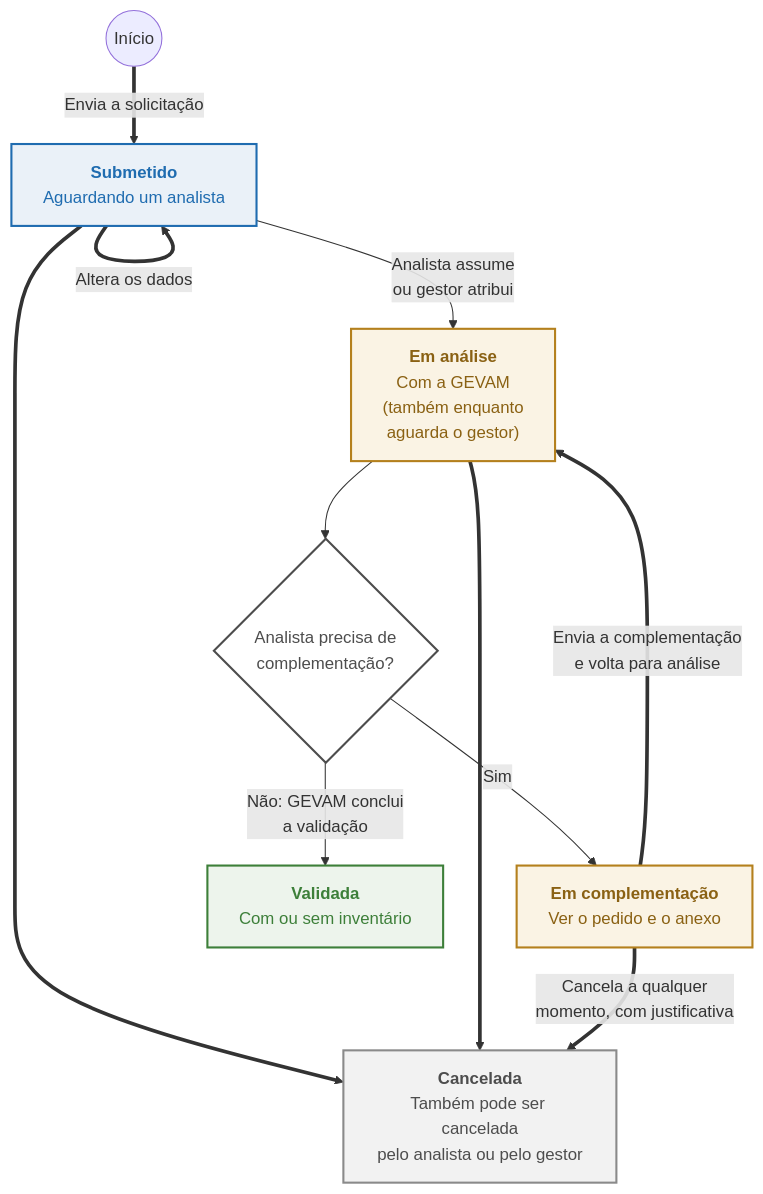
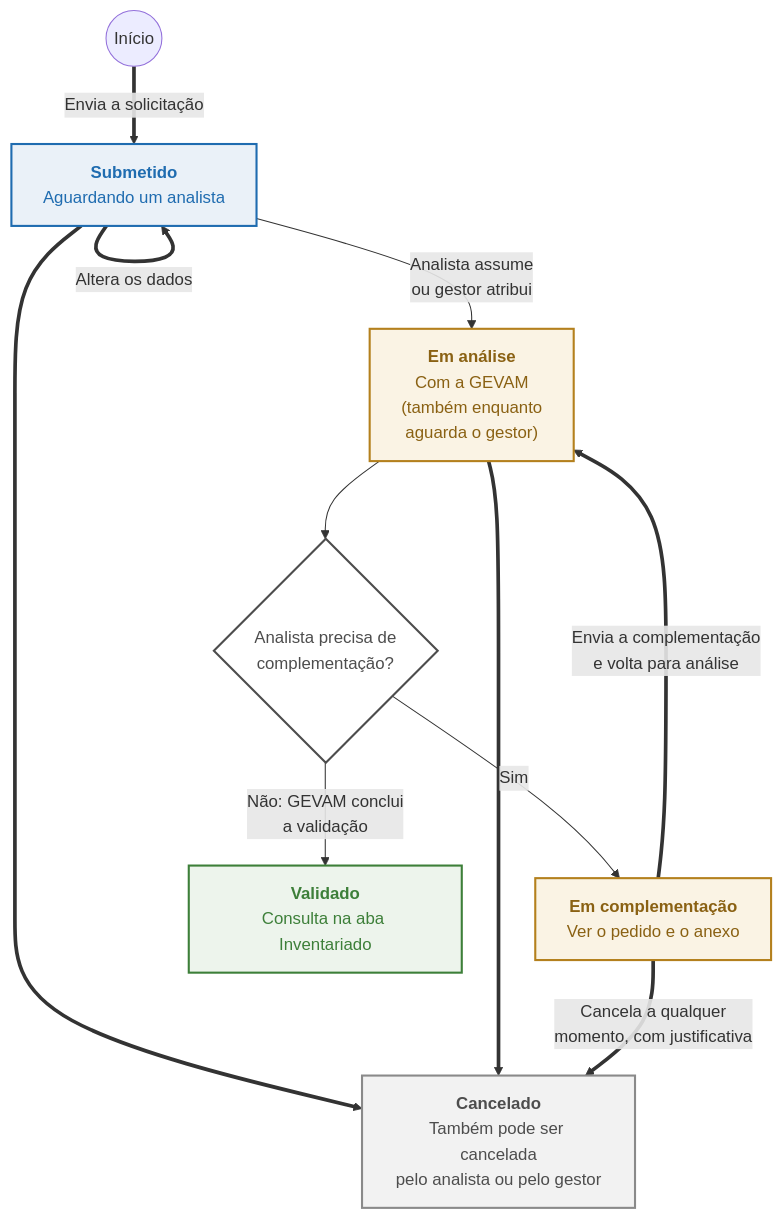
The second of 4 diagrams in docs/fluxos-solicitacao.md (barlettab/svm-frontend), drawn with Mermaid before and after one commit. The commit also changed other lines of this file and 82 other files, not shown here.

````diff
--- a/docs/fluxos-solicitacao.md
+++ b/docs/fluxos-solicitacao.md
@@ -136,25 +152,25 @@
 ```mermaid
 flowchart TB
     INI(("Início")) ==>|"Envia a solicitação"| SUB["<b>Submetido</b><br/>Aguardando um analista"]
     SUB ==>|"Altera os dados"| SUB
     SUB -->|"Analista assume<br/>ou gestor atribui"| ANA["<b>Em análise</b><br/>Com a GEVAM<br/>(também enquanto<br/>aguarda o gestor)"]
     ANA --> Q{"Analista precisa de<br/>complementação?"}
     Q -->|"Sim"| COMP["<b>Em complementação</b><br/>Ver o pedido e o anexo"]
     COMP ==>|"Envia a complementação<br/>e volta para análise"| ANA
-    Q -->|"Não: GEVAM conclui<br/>a validação"| VAL["<b>Validada</b><br/>Com ou sem inventário"]
+    Q -->|"Não: GEVAM conclui<br/>a validação"| VAL["<b>Validado</b><br/>Consulta na aba Inventariado"]
 
     SUB ==> CAN
     ANA ==> CAN
-    COMP ==>|"Cancela a qualquer<br/>momento, com justificativa"| CAN["<b>Cancelada</b><br/>Também pode ser cancelada<br/>pelo analista ou pelo gestor"]
+    COMP ==>|"Cancela a qualquer<br/>momento, com justificativa"| CAN["<b>Cancelado</b><br/>Também pode ser cancelada<br/>pelo analista ou pelo gestor"]
 
     class SUB azul
     class ANA,COMP ambar
     class VAL verde
     class CAN cinza
     class Q decisao
     classDef azul fill:#eaf1f8,stroke:#1f6cb0,stroke-width:2px,color:#1f6cb0
     classDef ambar fill:#faf3e4,stroke:#b4801d,stroke-width:2px,color:#8a6113
     classDef verde fill:#edf4ec,stroke:#3d7f39,stroke-width:2px,color:#3d7f39
     classDef cinza fill:#f2f2f2,stroke:#8a8a8a,stroke-width:2px,color:#4d4d4d
     classDef decisao fill:#ffffff,stroke:#4d4d4d,stroke-width:2px,color:#4d4d4d
 ```
````
